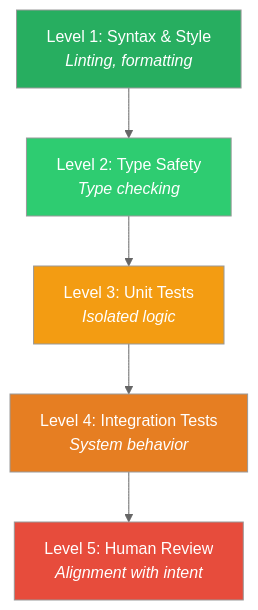
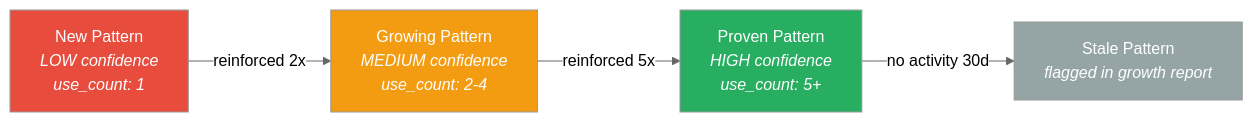
One commit to ryanjosebrosas/second-brain-ultimatum changed the sixth of 8 diagrams in README.md. Above: the diagram before and after it, drawn with Mermaid (neutral theme). The commit also changed other lines of this file, not shown here.

````diff
--- a/README.md
+++ b/README.md
@@ -277,13 +423,11 @@
 ```mermaid
-graph TD
-    L1["Level 1: Syntax & Style<br/><i>Linting, formatting</i>"] --> L2["Level 2: Type Safety<br/><i>Type checking</i>"]
-    L2 --> L3["Level 3: Unit Tests<br/><i>Isolated logic</i>"]
-    L3 --> L4["Level 4: Integration Tests<br/><i>System behavior</i>"]
-    L4 --> L5["Level 5: Human Review<br/><i>Alignment with intent</i>"]
+graph LR
+    NEW["New Pattern<br/><i>LOW confidence</i><br/><i>use_count: 1</i>"] -->|"reinforced 2x"| MED["Growing Pattern<br/><i>MEDIUM confidence</i><br/><i>use_count: 2-4</i>"]
+    MED -->|"reinforced 5x"| HIGH["Proven Pattern<br/><i>HIGH confidence</i><br/><i>use_count: 5+</i>"]
+    HIGH -->|"no activity 30d"| STALE["Stale Pattern<br/><i>flagged in growth report</i>"]
 
-    style L1 fill:#27ae60,color:#fff
-    style L2 fill:#2ecc71,color:#fff
-    style L3 fill:#f39c12,color:#fff
-    style L4 fill:#e67e22,color:#fff
-    style L5 fill:#e74c3c,color:#fff
+    style NEW fill:#e74c3c,color:#fff
+    style MED fill:#f39c12,color:#fff
+    style HIGH fill:#27ae60,color:#fff
+    style STALE fill:#95a5a6,color:#fff
 ```
````
